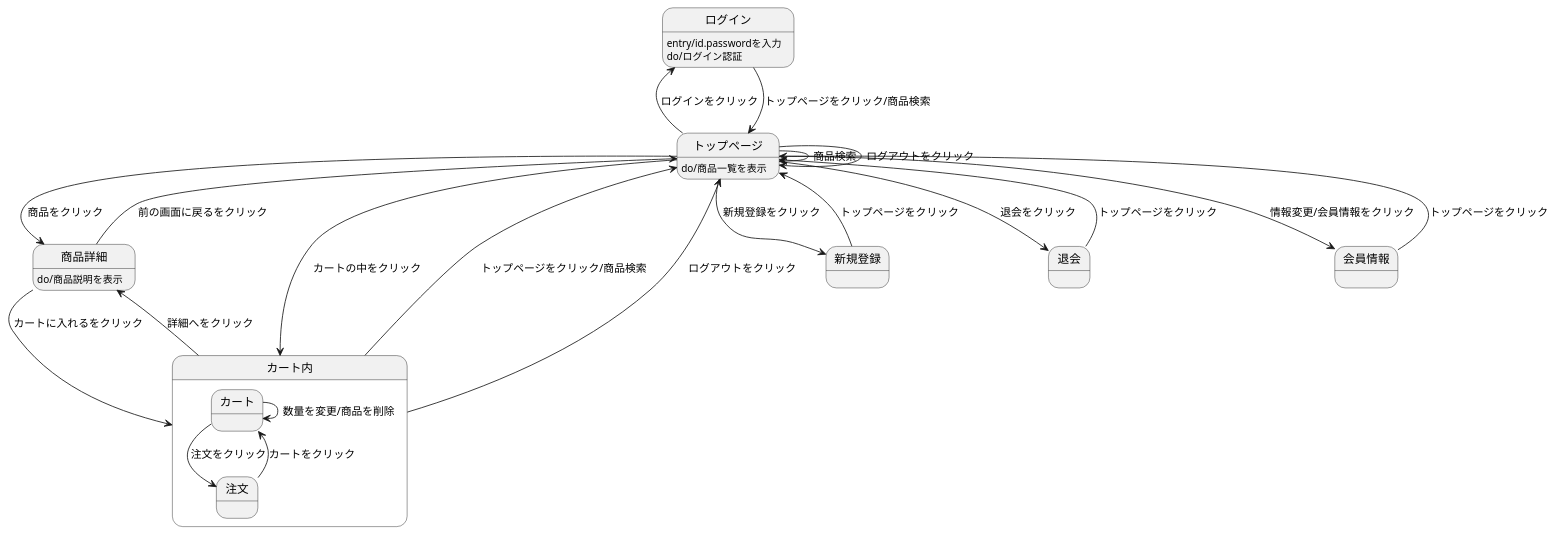
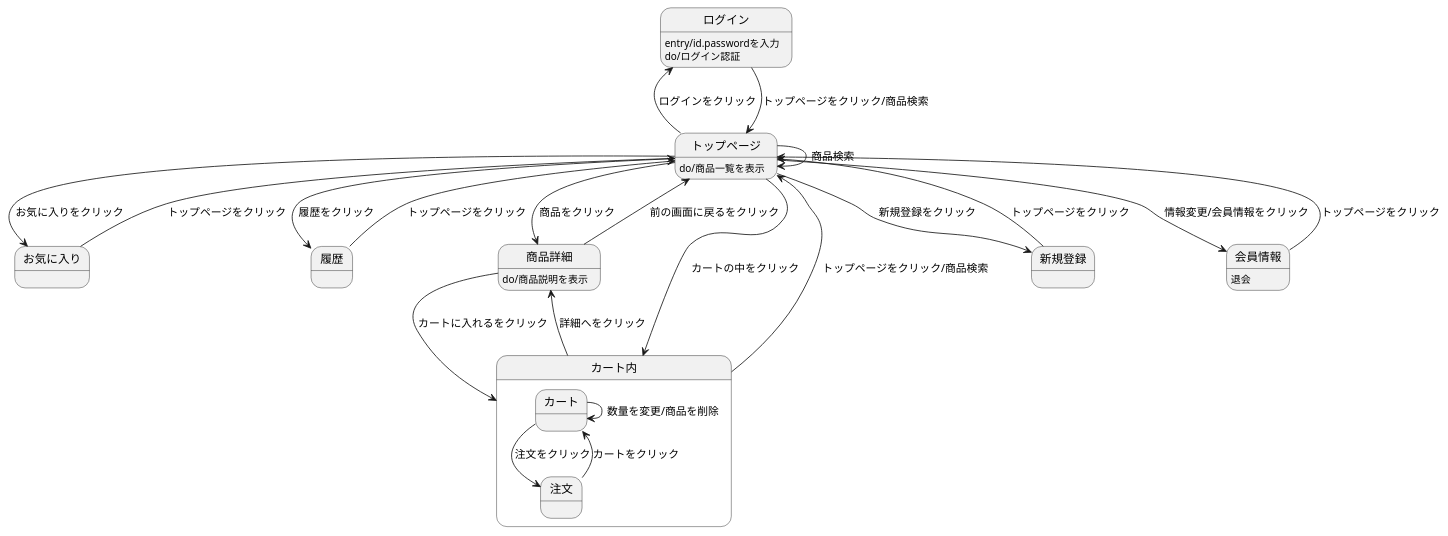
One commit to aso2001153/2021sys-design changed the diagram in kouki/zu.md. Above: the diagram before and after it, drawn with PlantUML.

```diff
--- a/kouki/zu.md
+++ b/kouki/zu.md
@@ -1,29 +1,30 @@
 @startuml
 新規登録 --> トップページ : トップページをクリック
-退会 --> トップページ : トップページをクリック
 会員情報 --> トップページ :トップページをクリック
+会員情報 : 退会
 ログイン --> トップページ : トップページをクリック/商品検索
 ログイン : entry/id.passwordを入力
 ログイン : do/ログイン認証
 トップページ --> 新規登録 : 新規登録をクリック
-トップページ --> 退会 : 退会をクリック
+トップページ --> お気に入り : お気に入りをクリック
+トップページ --> 履歴 : 履歴をクリック
 トップページ --> 会員情報 : 情報変更/会員情報をクリック
-トップページ --> トップページ : ログアウトをクリック
 トップページ -> トップページ : 商品検索
 トップページ -> 商品詳細 : 商品をクリック
 トップページ -left-> ログイン : ログインをクリック
 トップページ --> カート内 : カートの中をクリック
 トップページ : do/商品一覧を表示
 商品詳細 --> カート内 : カートに入れるをクリック
 商品詳細 --> トップページ : 前の画面に戻るをクリック
 商品詳細 : do/商品説明を表示
 カート内 -up-> トップページ : トップページをクリック/商品検索
-カート内 -up-> トップページ : ログアウトをクリック
 カート内 -> 商品詳細 : 詳細へをクリック
+お気に入り -> トップページ : トップページをクリック
+履歴 -> トップページ : トップページをクリック
 
 state カート内{
 カート -> 注文 : 注文をクリック
 カート -> カート : 数量を変更/商品を削除
 注文 --> カート : カートをクリック
 }
 @enduml
```
